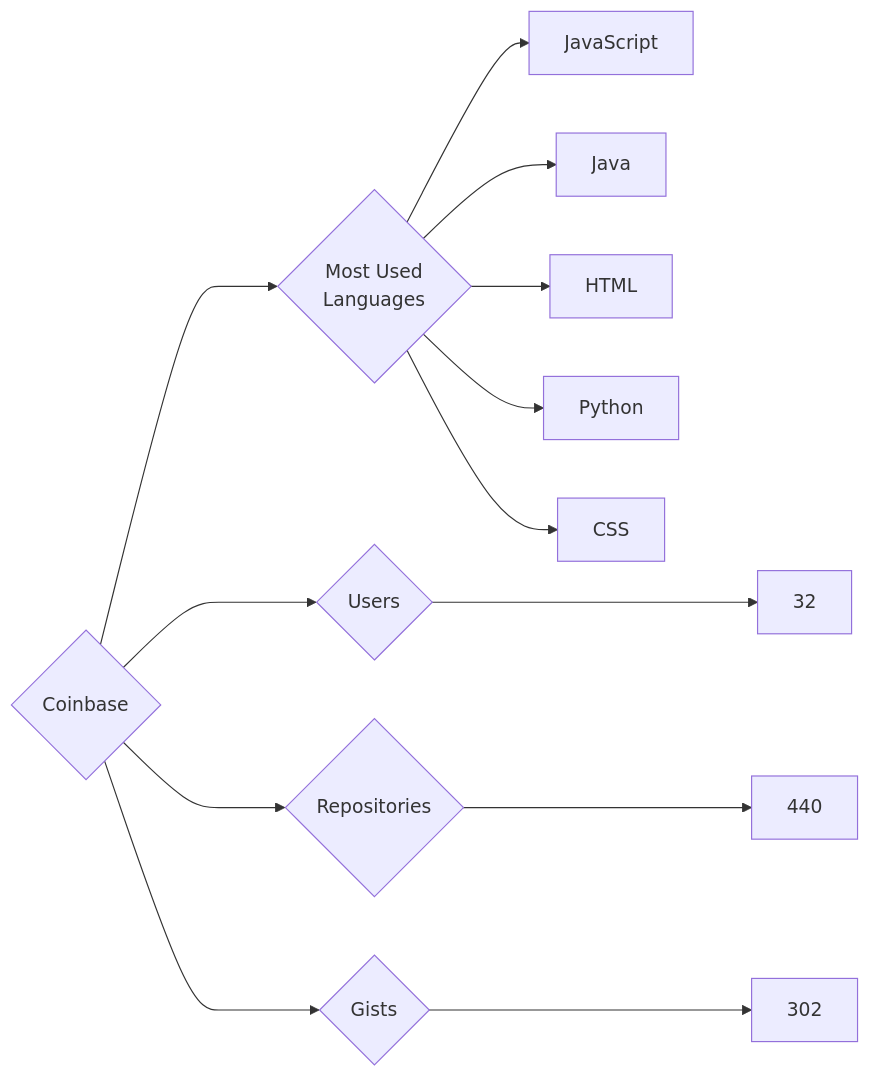
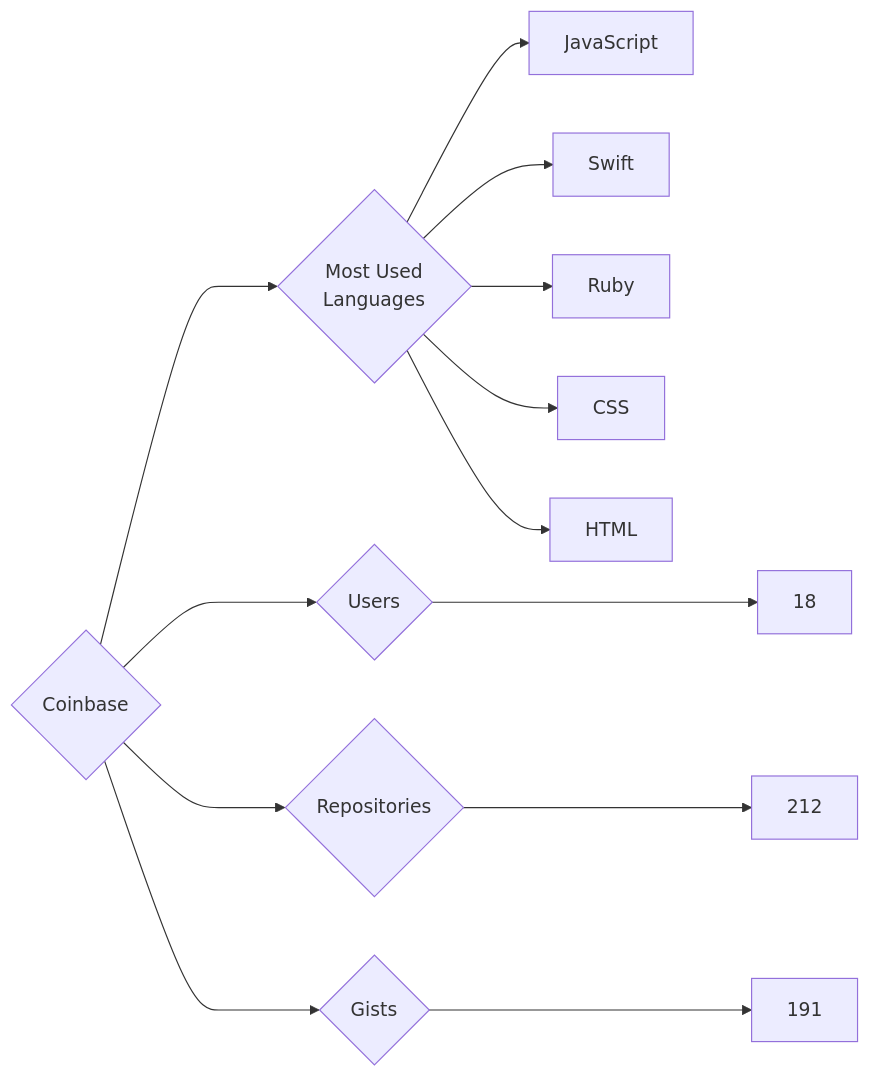
The diagram in targets/Coinbase/README.md (trickest/insiders), drawn with Mermaid before and after one commit. The commit also changed 925 other files, not shown here.

````diff
--- a/targets/Coinbase/README.md
+++ b/targets/Coinbase/README.md
@@ -3,13 +3,13 @@
 ```mermaid
 graph LR
 COMPANY_NAME{Coinbase}
-COMPANY_NAME ---> U{Users} ---> UN[32]
-COMPANY_NAME ---> R{Repositories} ---> RN[440]
-COMPANY_NAME ---> G{Gists} ---> GN[302]
+COMPANY_NAME ---> U{Users} ---> UN[18]
+COMPANY_NAME ---> R{Repositories} ---> RN[212]
+COMPANY_NAME ---> G{Gists} ---> GN[191]
 COMPANY_NAME ---> ML{Most Used<br>Languages}
 ML --> JavaScript[JavaScript]
-ML --> Java[Java]
+ML --> Swift[Swift]
+ML --> Ruby[Ruby]
+ML --> CSS[CSS]
 ML --> HTML[HTML]
-ML --> Python[Python]
-ML --> CSS[CSS]
 ```
````
